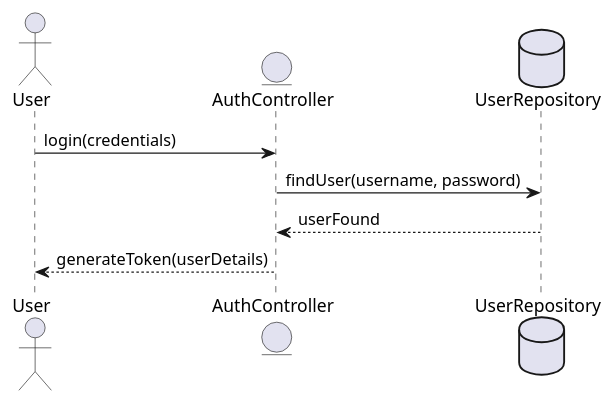
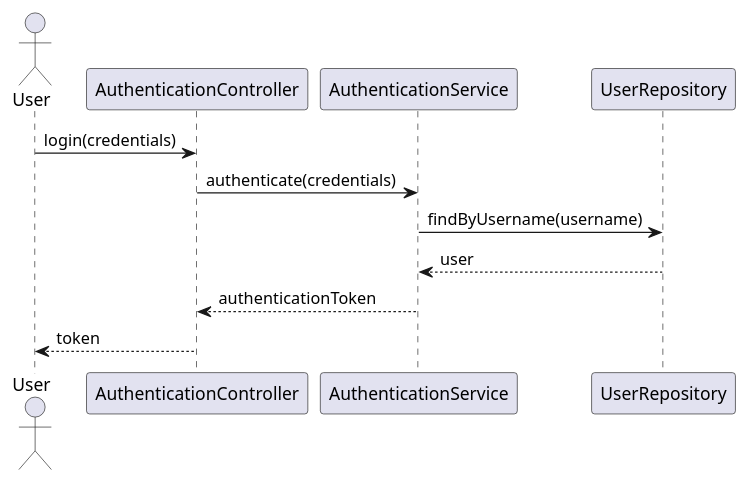
One commit to Dinesh-s95/AutoDoc.ai changed the second of 4 diagrams in vehiclemanagement/documentation/detaileddesign.adoc. Above: the diagram before and after it, drawn with PlantUML. The commit also changed other lines of this file and 15 other files, not shown here.

```diff
--- a/vehiclemanagement/documentation/detaileddesign.adoc
+++ b/vehiclemanagement/documentation/detaileddesign.adoc
@@ -89,13 +94,16 @@
-[plantuml, authentication-flow, png]
+[plantuml, authentication-sequence, png]
 ----
 @startuml
 actor User
-entity AuthController
-database UserRepository
+participant AuthenticationController
+participant AuthenticationService
+participant UserRepository
 
-User -> AuthController : login(credentials)
-AuthController -> UserRepository : findUser(username, password)
-UserRepository --> AuthController : userFound
-AuthController --> User : generateToken(userDetails)
+User -> AuthenticationController : login(credentials)
+AuthenticationController -> AuthenticationService : authenticate(credentials)
+AuthenticationService -> UserRepository : findByUsername(username)
+UserRepository --> AuthenticationService : user
+AuthenticationService --> AuthenticationController : authenticationToken
+AuthenticationController --> User : token
 @enduml
 ----
```
